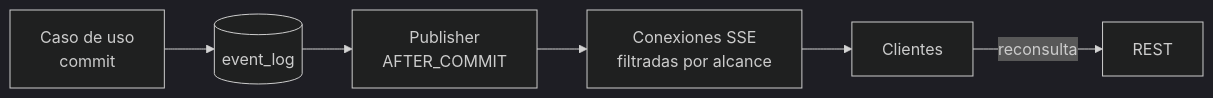
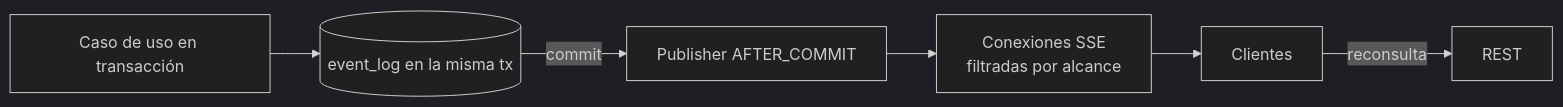
Before and after one commit to canoezequiel7k-sys/Somphie-Z-rich: the diagram in docs/03-arquitectura/tiempo-real.md, drawn with Mermaid (dark theme). The commit also changed other lines of this file and 25 other files, not shown here.

````diff
--- a/docs/03-arquitectura/tiempo-real.md
+++ b/docs/03-arquitectura/tiempo-real.md
@@ -30,8 +32,8 @@
 ```mermaid
 flowchart LR
-  UC[Caso de uso<br/>commit] --> EVL[(event_log)]
-  EVL --> PUB[Publisher<br/>AFTER_COMMIT]
+  UC[Caso de uso en transacción] --> EVL[(event_log en la misma tx)]
+  EVL -->|commit| PUB[Publisher AFTER_COMMIT]
   PUB --> SSE[Conexiones SSE<br/>filtradas por alcance]
   SSE --> CL[Clientes]
   CL -->|reconsulta| API[REST]
 ```
````
